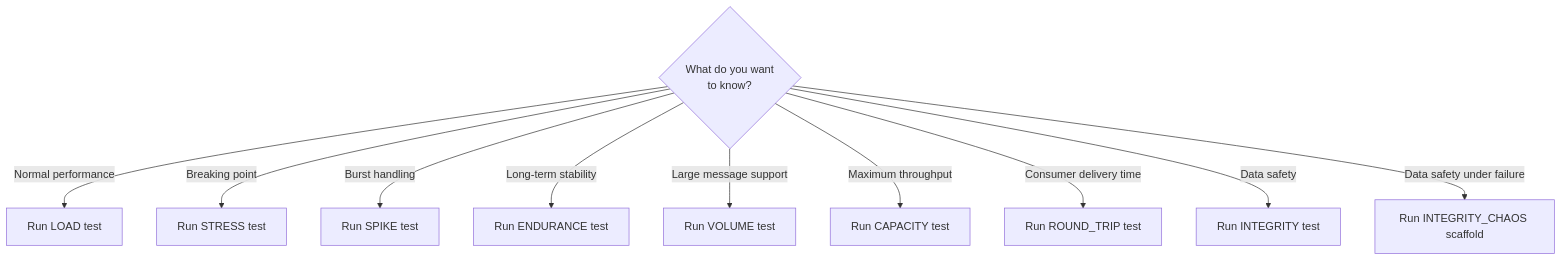
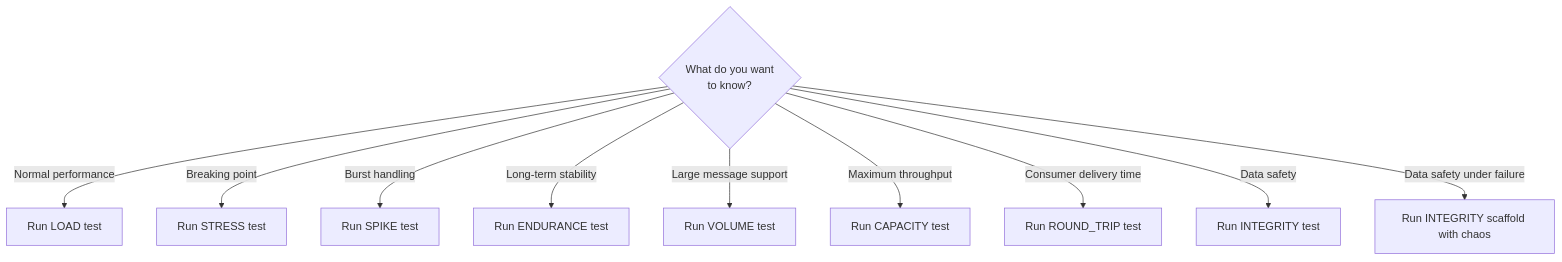
One commit to actions-marketplace-validations/bmscomp_kates changed the fifth of 5 diagrams in docs/tutorials/02-all-test-types.md. Above: the diagram before and after it, drawn with Mermaid. The commit also changed other lines of this file and 26 other files, not shown here.

````diff
--- a/docs/tutorials/02-all-test-types.md
+++ b/docs/tutorials/02-all-test-types.md
@@ -242,14 +242,14 @@
 ```mermaid
 graph TD
     Q1{What do you want<br/>to know?}
     
     Q1 -->|"Normal performance"| LOAD[Run LOAD test]
     Q1 -->|"Breaking point"| STRESS[Run STRESS test]
     Q1 -->|"Burst handling"| SPIKE[Run SPIKE test]
     Q1 -->|"Long-term stability"| ENDURANCE[Run ENDURANCE test]
     Q1 -->|"Large message support"| VOLUME[Run VOLUME test]
     Q1 -->|"Maximum throughput"| CAPACITY[Run CAPACITY test]
     Q1 -->|"Consumer delivery time"| RT[Run ROUND_TRIP test]
     Q1 -->|"Data safety"| INT[Run INTEGRITY test]
-    Q1 -->|"Data safety under failure"| INTC[Run INTEGRITY_CHAOS scaffold]
+    Q1 -->|"Data safety under failure"| INTC[Run INTEGRITY scaffold with chaos]
 ```
````
